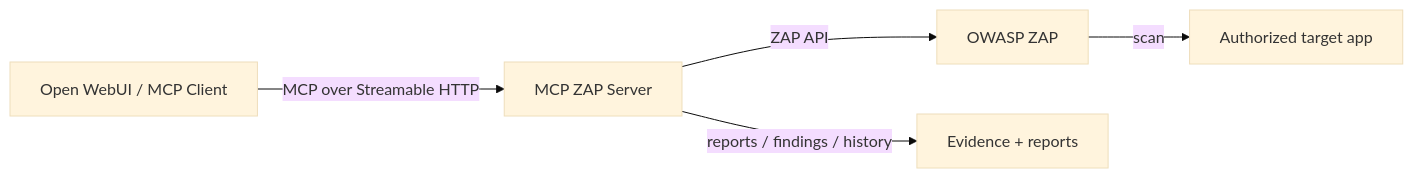
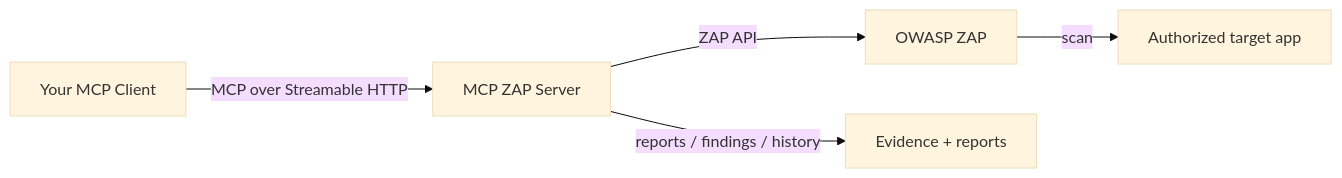
Before and after one commit to dtkmn/mcp-zap-server: the diagram in README.md, drawn with Mermaid (base theme). The commit also changed other lines of this file and 12 other files, not shown here.

Commit message:
chore: update documentation and scripts for MCP client setup; remove Open WebUI references

````diff
--- a/README.md
+++ b/README.md
@@ -160,7 +175,7 @@
 ```mermaid
 flowchart LR
-  Client["Open WebUI / MCP Client"] -->|"MCP over Streamable HTTP"| MCP["MCP ZAP Server"]
+  Client["Your MCP Client"] -->|"MCP over Streamable HTTP"| MCP["MCP ZAP Server"]
   MCP -->|"ZAP API"| ZAP["OWASP ZAP"]
   ZAP -->|"scan"| Target["Authorized target app"]
   MCP -->|"reports / findings / history"| Evidence["Evidence + reports"]
 ```
````
